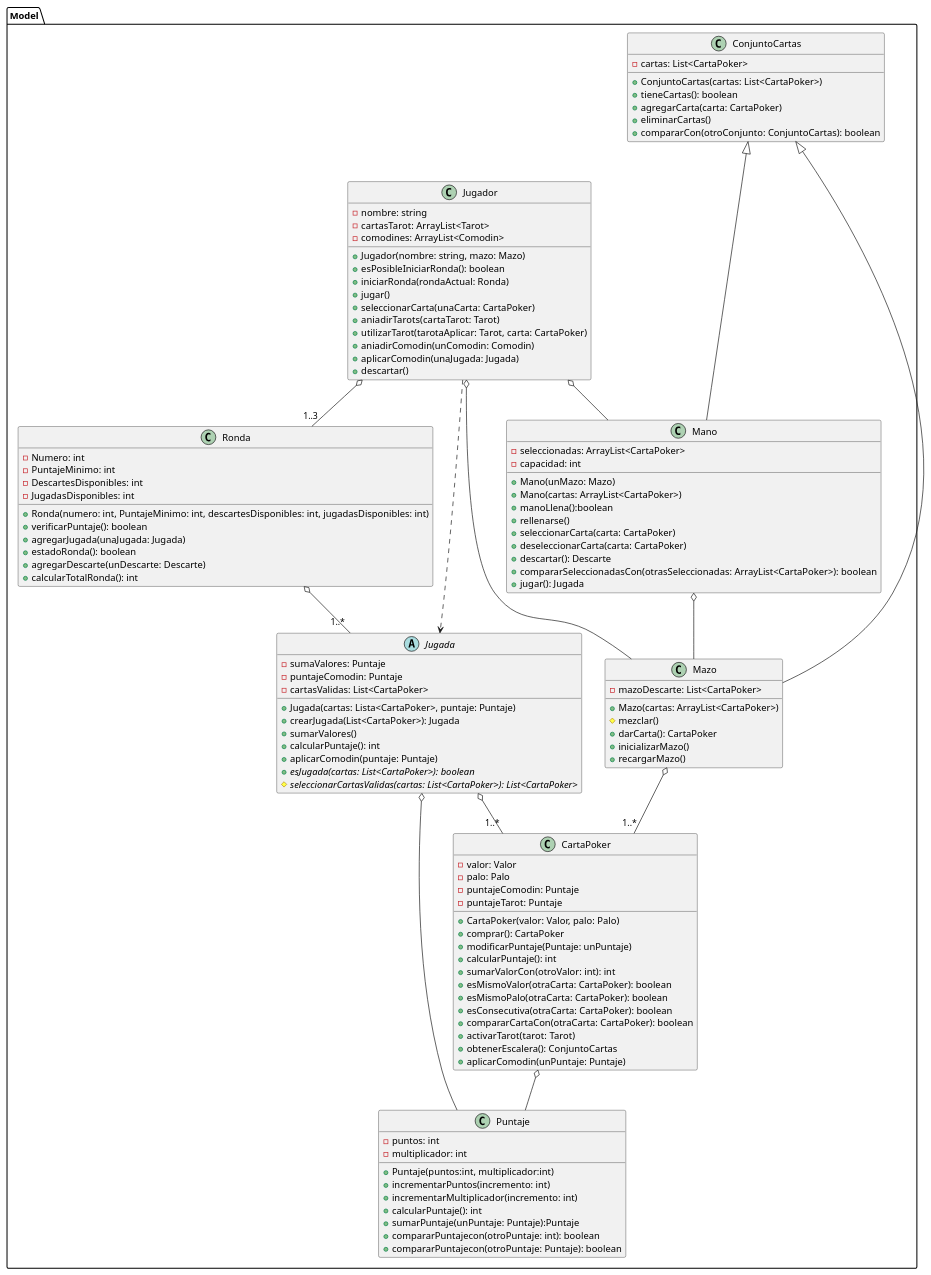
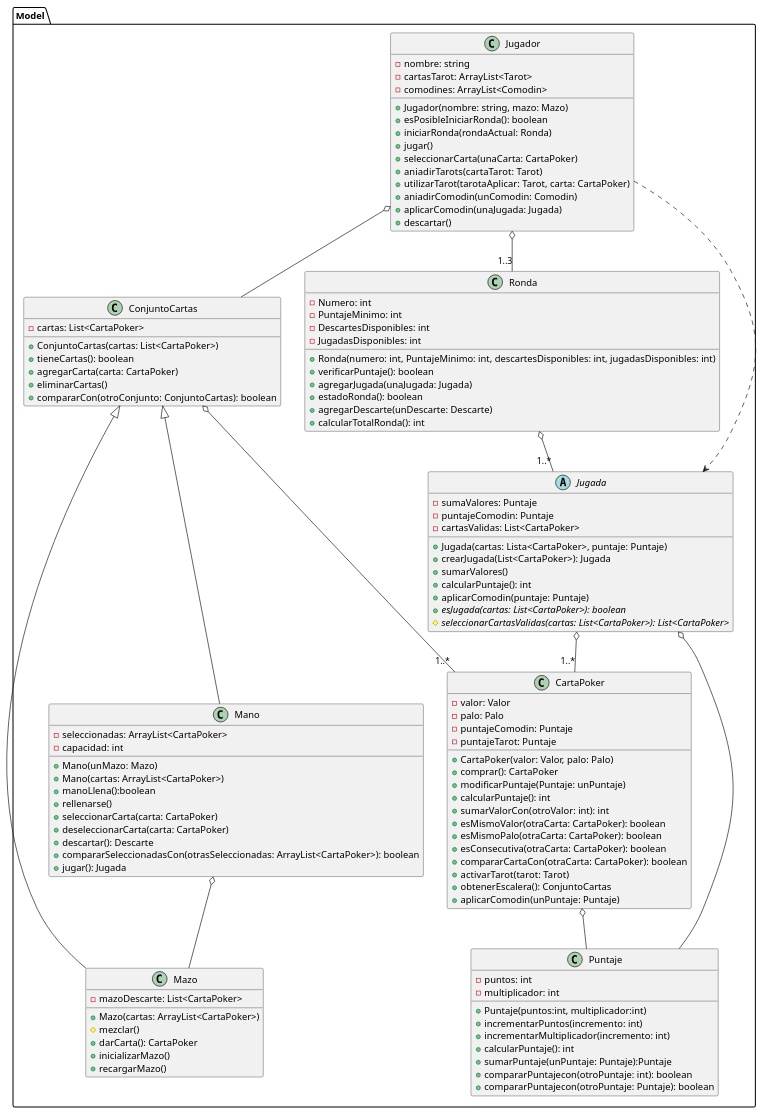
Before and after one commit to carruizdiaz1109/UBAlatro: the diagram in diagrams/classes/clasesBalatro2.puml, drawn with PlantUML. The commit also changed 8 other files, not shown here.

Commit message:
Modificacion diagramas de secuencia

```diff
--- a/diagrams/classes/clasesBalatro2.puml
+++ b/diagrams/classes/clasesBalatro2.puml
@@ -1,138 +1,137 @@
 @startuml
 
 package Model {
 
 class Jugador {
     - nombre: string
     - cartasTarot: ArrayList<Tarot>
     - comodines: ArrayList<Comodin>
 
     + Jugador(nombre: string, mazo: Mazo)
     + esPosibleIniciarRonda(): boolean
     + iniciarRonda(rondaActual: Ronda)
     + jugar()
     + seleccionarCarta(unaCarta: CartaPoker)
     + aniadirTarots(cartaTarot: Tarot)
     + utilizarTarot(tarotaAplicar: Tarot, carta: CartaPoker)
     + aniadirComodin(unComodin: Comodin)
     + aplicarComodin(unaJugada: Jugada)
     + descartar()
 }
 
 class ConjuntoCartas{
     - cartas: List<CartaPoker>
 
     + ConjuntoCartas(cartas: List<CartaPoker>)
     + tieneCartas(): boolean
     + agregarCarta(carta: CartaPoker)
     + eliminarCartas()
     + compararCon(otroConjunto: ConjuntoCartas): boolean
 }
 
 class Mazo {
     - mazoDescarte: List<CartaPoker>
 
     + Mazo(cartas: ArrayList<CartaPoker>)
     # mezclar()
     + darCarta(): CartaPoker
     + inicializarMazo()
     + recargarMazo()
 }
 
 class Mano {
     - seleccionadas: ArrayList<CartaPoker>
     - capacidad: int
 
     + Mano(unMazo: Mazo)
     + Mano(cartas: ArrayList<CartaPoker>)
     + manoLlena():boolean
     +rellenarse()
     + seleccionarCarta(carta: CartaPoker)
     + deseleccionarCarta(carta: CartaPoker)
     + descartar(): Descarte
     + compararSeleccionadasCon(otrasSeleccionadas: ArrayList<CartaPoker>): boolean
     + jugar(): Jugada
 }
 
 class Puntaje {
     - puntos: int
     - multiplicador: int
 
     + Puntaje(puntos:int, multiplicador:int)
     + incrementarPuntos(incremento: int)
     + incrementarMultiplicador(incremento: int)
     + calcularPuntaje(): int
     + sumarPuntaje(unPuntaje: Puntaje):Puntaje
     + compararPuntajecon(otroPuntaje: int): boolean
     + compararPuntajecon(otroPuntaje: Puntaje): boolean
 }
 
 class CartaPoker {
     - valor: Valor
     - palo: Palo
     - puntajeComodin: Puntaje
     - puntajeTarot: Puntaje
 
     + CartaPoker(valor: Valor, palo: Palo)
     + comprar(): CartaPoker
     + modificarPuntaje(Puntaje: unPuntaje)
     + calcularPuntaje(): int
     + sumarValorCon(otroValor: int): int
     + esMismoValor(otraCarta: CartaPoker): boolean
     + esMismoPalo(otraCarta: CartaPoker): boolean
     + esConsecutiva(otraCarta: CartaPoker): boolean
     + compararCartaCon(otraCarta: CartaPoker): boolean
     + activarTarot(tarot: Tarot)
     + obtenerEscalera(): ConjuntoCartas
     + aplicarComodin(unPuntaje: Puntaje)
 }
 
 class Ronda {
     - Numero: int
     - PuntajeMinimo: int
     - DescartesDisponibles: int
     - JugadasDisponibles: int
 
     + Ronda(numero: int, PuntajeMinimo: int, descartesDisponibles: int, jugadasDisponibles: int)
     + verificarPuntaje(): boolean
     + agregarJugada(unaJugada: Jugada)
     + estadoRonda(): boolean
     + agregarDescarte(unDescarte: Descarte)
     + calcularTotalRonda(): int
 }
 
 abstract class Jugada {
     - sumaValores: Puntaje
     - puntajeComodin: Puntaje
     - cartasValidas: List<CartaPoker>
 
     + Jugada(cartas: Lista<CartaPoker>, puntaje: Puntaje)
     + crearJugada(List<CartaPoker>): Jugada
     + sumarValores()
     + calcularPuntaje(): int
     + aplicarComodin(puntaje: Puntaje)
     + {abstract}esJugada(cartas: List<CartaPoker>): boolean
     # {abstract}seleccionarCartasValidas(cartas: List<CartaPoker>): List<CartaPoker>
 }
 
 Jugador o-- "1..3" Ronda
-Jugador o-- Mano
-Jugador o-- Mazo
+Jugador o-- ConjuntoCartas
 Jugador ..> Jugada
 
 Mano -up--|> ConjuntoCartas
 Mazo -up--|> ConjuntoCartas
 
-Mazo o-- "1..*" CartaPoker
+ConjuntoCartas o-- "1..*" CartaPoker
 Mano o-- Mazo
 
 Jugada o-- "1..*" CartaPoker
 
 CartaPoker o-- Puntaje
 
 Ronda o-- "1..*" Jugada
 
 Jugada o-- Puntaje
 
 }
 @enduml
```
